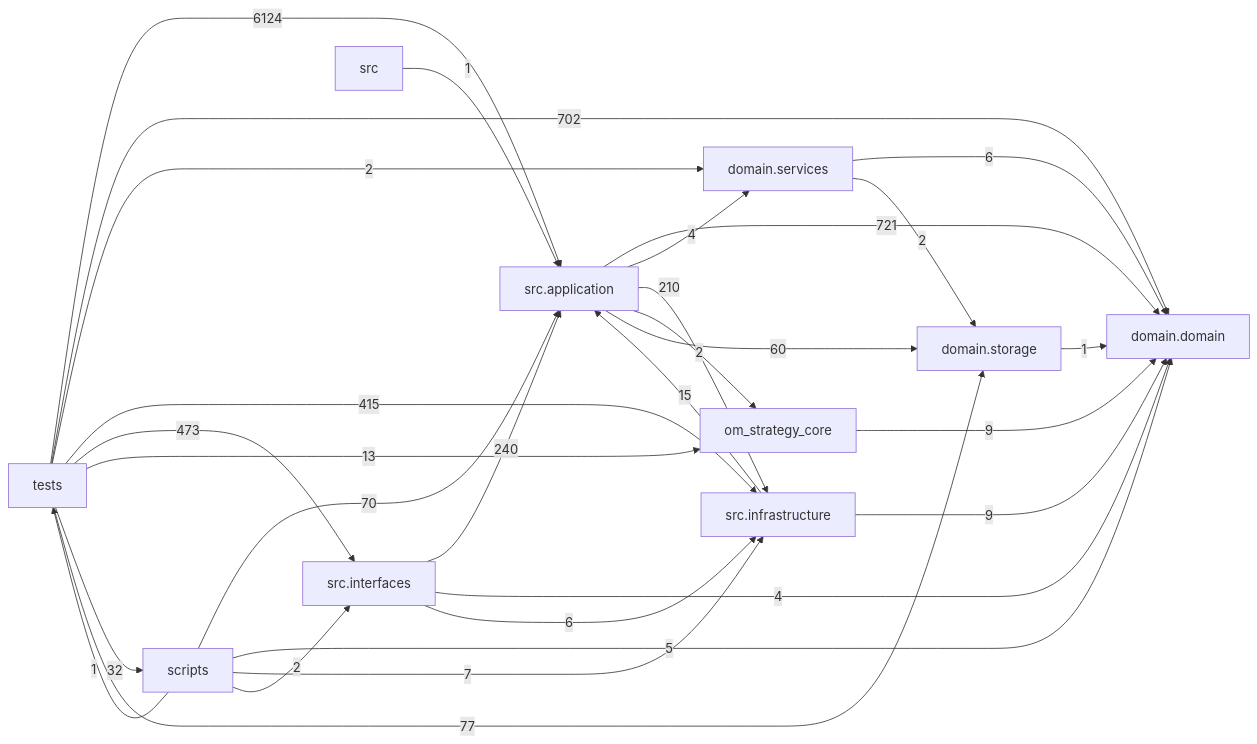
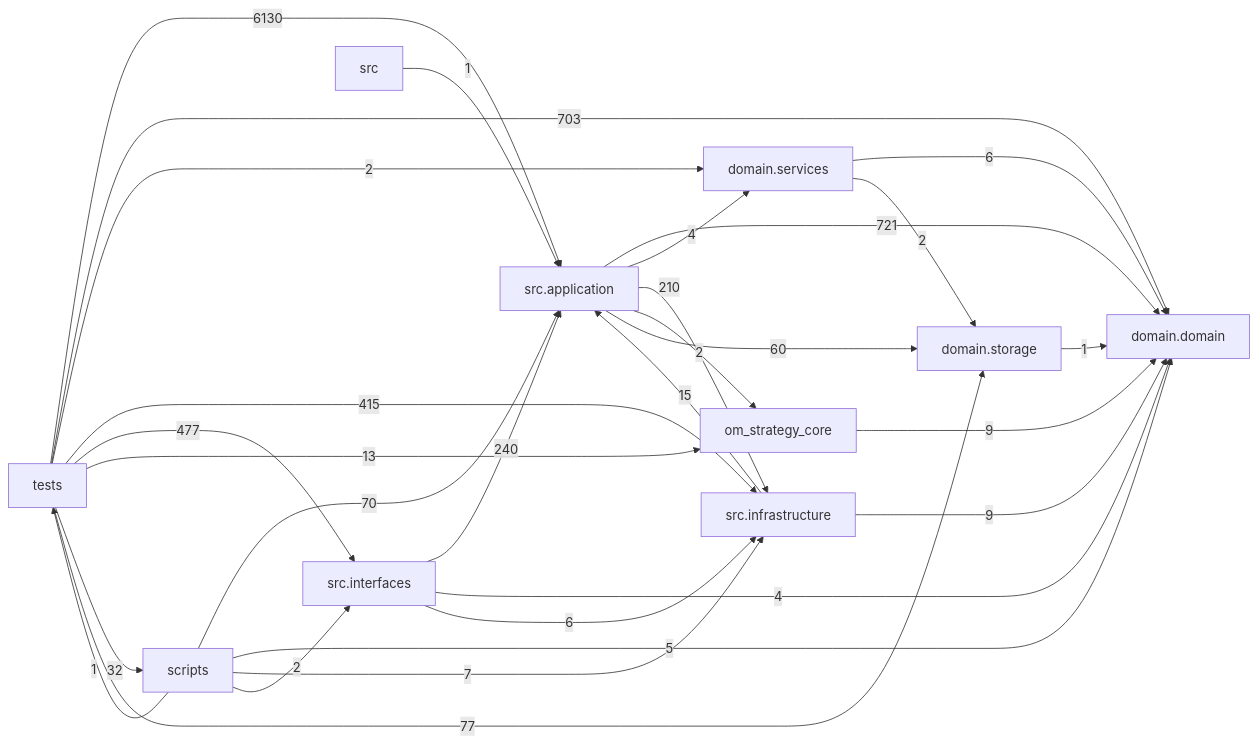
Before and after one commit to liuxie066/options-monitor: the diagram in docs/DEPENDENCY_GRAPH.md, drawn with Mermaid. The commit also changed other lines of this file and 6 other files, not shown here.

````diff
--- a/docs/DEPENDENCY_GRAPH.md
+++ b/docs/DEPENDENCY_GRAPH.md
@@ -24,39 +24,39 @@
 ```mermaid
 flowchart LR
   tests["tests"]
   scripts["scripts"]
   interfaces["src.interfaces"]
   application["src.application"]
   infrastructure["src.infrastructure"]
   domain_services["domain.services"]
   domain["domain.domain"]
   storage["domain.storage"]
   application -->|721| domain
   application -->|4| domain_services
   application -->|210| infrastructure
   application -->|2| om_strategy_core
   application -->|60| storage
   domain_services -->|6| domain
   domain_services -->|2| storage
   infrastructure -->|15| application
   infrastructure -->|9| domain
   interfaces -->|240| application
   interfaces -->|4| domain
   interfaces -->|6| infrastructure
   om_strategy_core -->|9| domain
   scripts -->|70| application
   scripts -->|5| domain
   scripts -->|7| infrastructure
   scripts -->|2| interfaces
   scripts -->|1| tests
   src -->|1| application
   storage -->|1| domain
-  tests -->|6124| application
-  tests -->|702| domain
+  tests -->|6130| application
+  tests -->|703| domain
   tests -->|2| domain_services
   tests -->|415| infrastructure
-  tests -->|473| interfaces
+  tests -->|477| interfaces
   tests -->|13| om_strategy_core
   tests -->|32| scripts
   tests -->|77| storage
 ```
````
